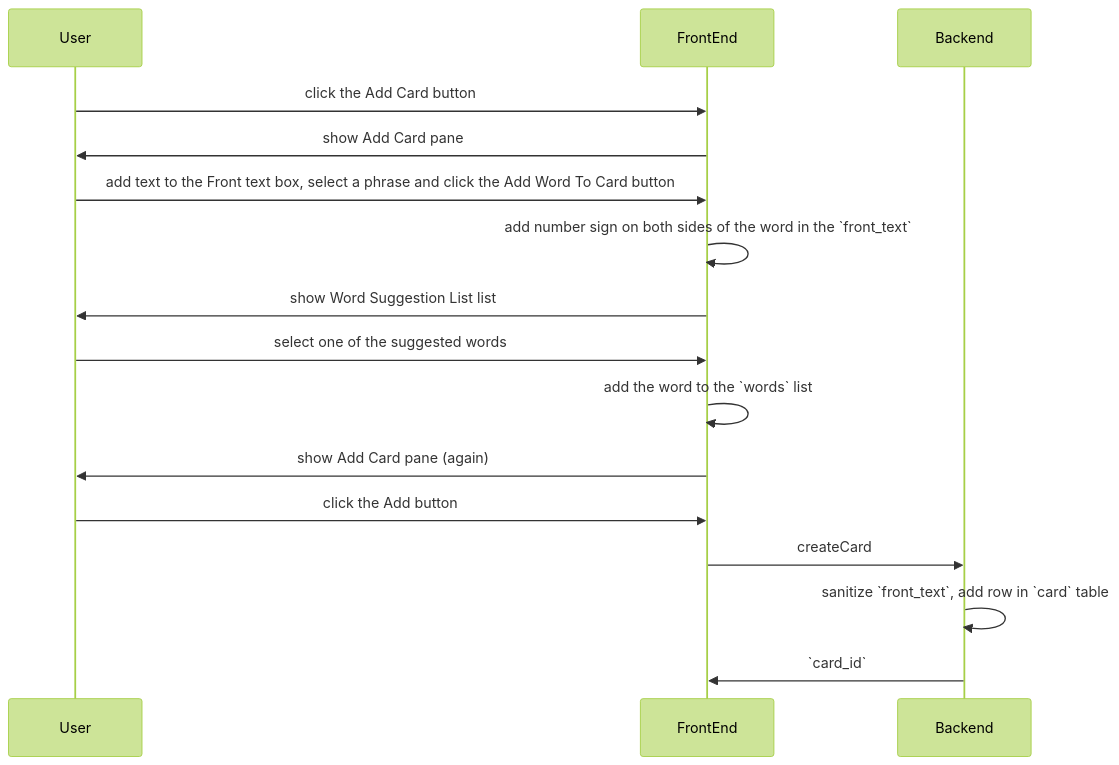
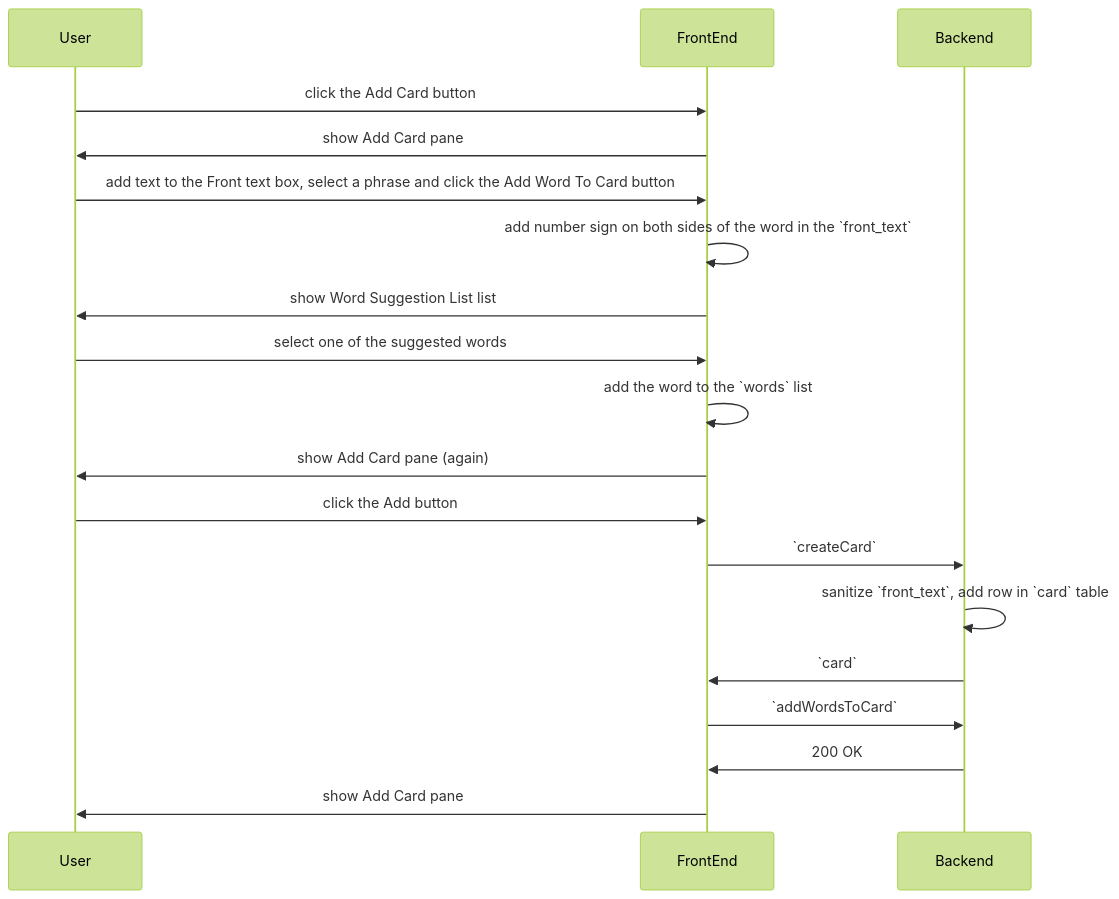
The second of 2 diagrams in Card.md (trancongbao/endeavor-docs), drawn with Mermaid (forest theme) before and after one commit.

Commit message:
Refactor Add Card

````diff
--- a/Card.md
+++ b/Card.md
@@ -36,22 +36,25 @@
 ```mermaid
 sequenceDiagram
     participant User
     participant FrontEnd
     participant Backend
 
     User ->> FrontEnd: click the Add Card button
     FrontEnd ->> User: show Add Card pane
 
     User ->> FrontEnd: add text to the Front text box, select a phrase and click the Add Word To Card button
     FrontEnd ->> FrontEnd: add number sign on both sides of the word in the `front_text`
     FrontEnd ->> User: show Word Suggestion List list
     User ->> FrontEnd: select one of the suggested words
     FrontEnd ->> FrontEnd: add the word to the `words` list
     FrontEnd ->> User: show Add Card pane (again)
 
     User ->> FrontEnd: click the Add button
-    FrontEnd ->> Backend: createCard
+    FrontEnd ->> Backend: `createCard`
     Backend ->> Backend: sanitize `front_text`, add row in `card` table
-    Backend ->> FrontEnd: `card_id`
+    Backend ->> FrontEnd: `card`
+    FrontEnd ->> Backend: `addWordsToCard`
+    Backend ->> FrontEnd: 200 OK
 
+    FrontEnd ->> User: show Add Card pane
 ```
````
